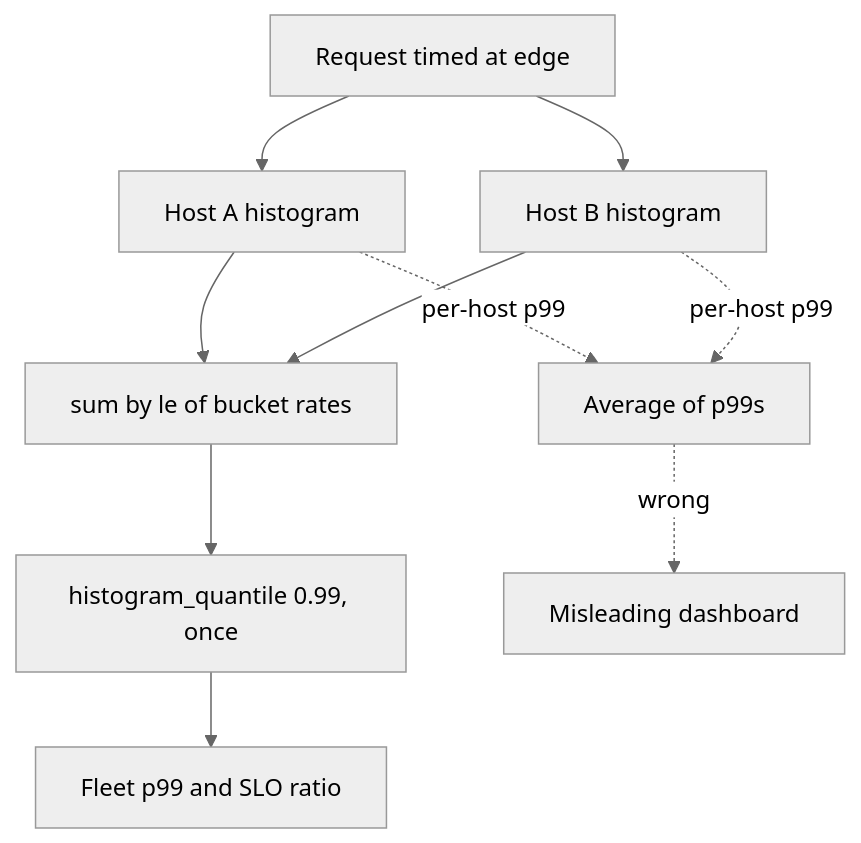
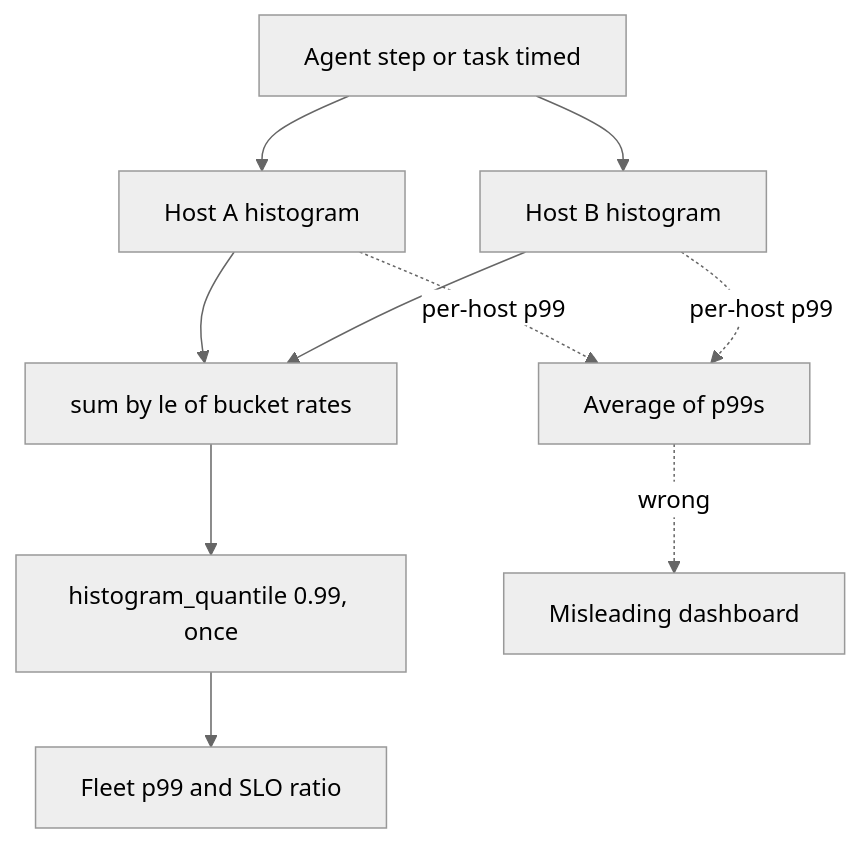
One commit to lovishmahajan97/agentic-learning changed the diagram in content/observability/latency-percentiles.md. Above: the diagram before and after it, drawn with Mermaid (neutral theme). The commit also changed other lines of this file and 348 other files, not shown here.

````diff
--- a/content/observability/latency-percentiles.md
+++ b/content/observability/latency-percentiles.md
@@ -139,12 +139,12 @@
 ```mermaid
 flowchart TD
-    R["Request timed at edge"] --> H1["Host A histogram"]
+    R["Agent step or task timed"] --> H1["Host A histogram"]
     R --> H2["Host B histogram"]
     H1 --> S["sum by le of bucket rates"]
     H2 --> S
     S --> Q["histogram_quantile 0.99, once"]
     Q --> SLO["Fleet p99 and SLO ratio"]
     H1 -.->|"per-host p99"| AVG["Average of p99s"]
     H2 -.->|"per-host p99"| AVG
     AVG -.->|"wrong"| X["Misleading dashboard"]
 ```
````
